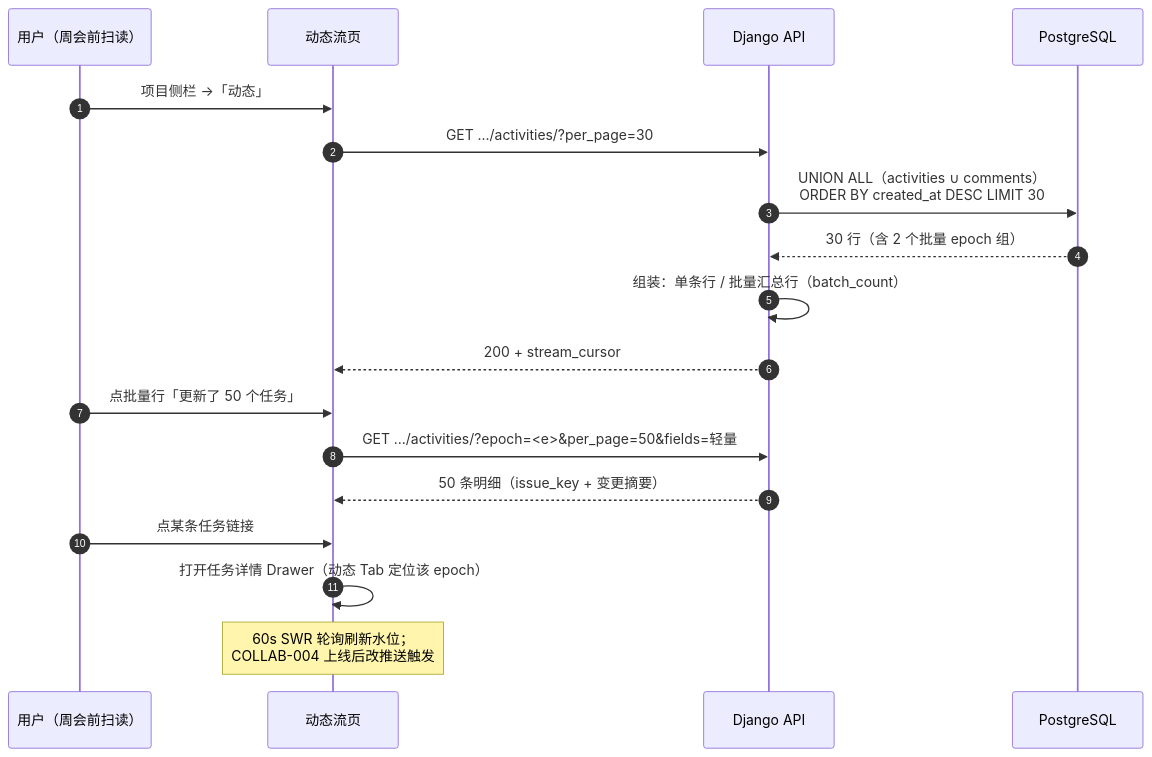
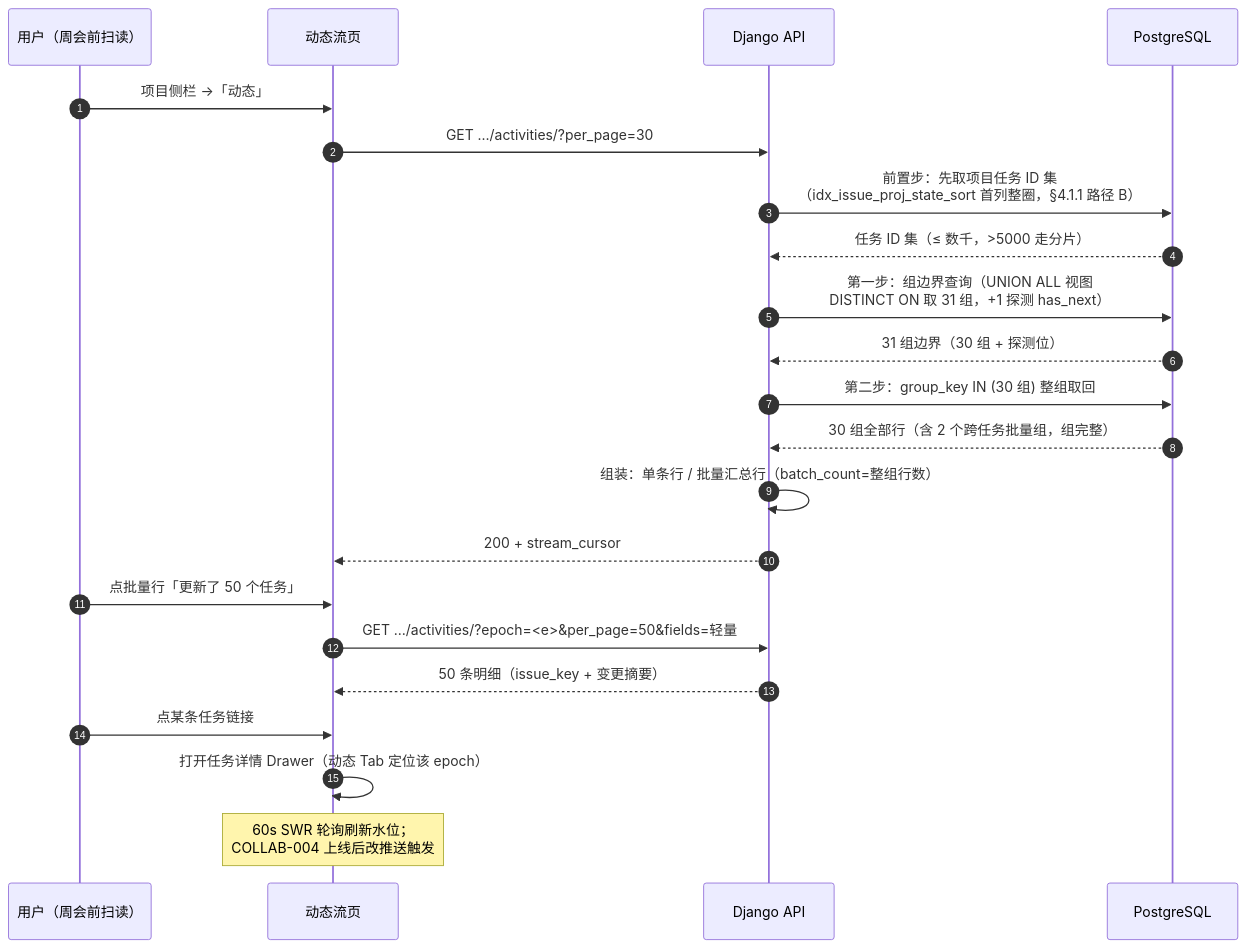
The second of 3 diagrams in docs/sprint-3-views-collab/COLLAB-003-activity-stream.md (RabbitAI-Lab/RabbitProjects), drawn with Mermaid before and after one commit. The commit also changed other lines of this file and 3 other files, not shown here.

````diff
--- a/docs/sprint-3-views-collab/COLLAB-003-activity-stream.md
+++ b/docs/sprint-3-views-collab/COLLAB-003-activity-stream.md
@@ -107,21 +108,25 @@
 ```mermaid
 sequenceDiagram
     autonumber
     participant U as 用户（周会前扫读）
     participant W as 动态流页
     participant API as Django API
     participant PG as PostgreSQL
 
     U->>W: 项目侧栏 →「动态」
     W->>API: GET …/activities/?per_page=30
-    API->>PG: UNION ALL（activities ∪ comments）<br/>ORDER BY created_at DESC LIMIT 30
-    PG-->>API: 30 行（含 2 个批量 epoch 组）
-    API->>API: 组装：单条行 / 批量汇总行（batch_count）
+    API->>PG: 前置步：先取项目任务 ID 集<br/>（idx_issue_proj_state_sort 首列整圈，§4.1.1 路径 B）
+    PG-->>API: 任务 ID 集（≤ 数千，>5000 走分片）
+    API->>PG: 第一步：组边界查询（UNION ALL 视图<br/>DISTINCT ON 取 31 组，+1 探测 has_next）
+    PG-->>API: 31 组边界（30 组 + 探测位）
+    API->>PG: 第二步：group_key IN (30 组) 整组取回
+    PG-->>API: 30 组全部行（含 2 个跨任务批量组，组完整）
+    API->>API: 组装：单条行 / 批量汇总行（batch_count=整组行数）
     API-->>W: 200 + stream_cursor
     U->>W: 点批量行「更新了 50 个任务」
     W->>API: GET …/activities/?epoch=<e>&per_page=50&fields=轻量
     API-->>W: 50 条明细（issue_key + 变更摘要）
     U->>W: 点某条任务链接
     W->>W: 打开任务详情 Drawer（动态 Tab 定位该 epoch）
     Note over W: 60s SWR 轮询刷新水位；<br/>COLLAB-004 上线后改推送触发
 ```
````
